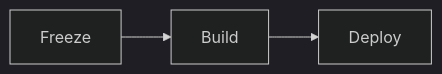
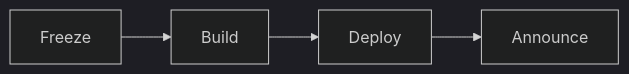
The diagram in md/special.md (Gilthans/carbonless-gallery), drawn with Mermaid (dark theme) before and after one commit. The commit also changed other lines of this file and 20 other files, not shown here.

````diff
--- a/md/special.md
+++ b/md/special.md
@@ -32,5 +32,6 @@
 ```mermaid
 graph LR
   A[Freeze] --> B[Build]
   B --> C[Deploy]
+  C --> D[Announce]
 ```
````
